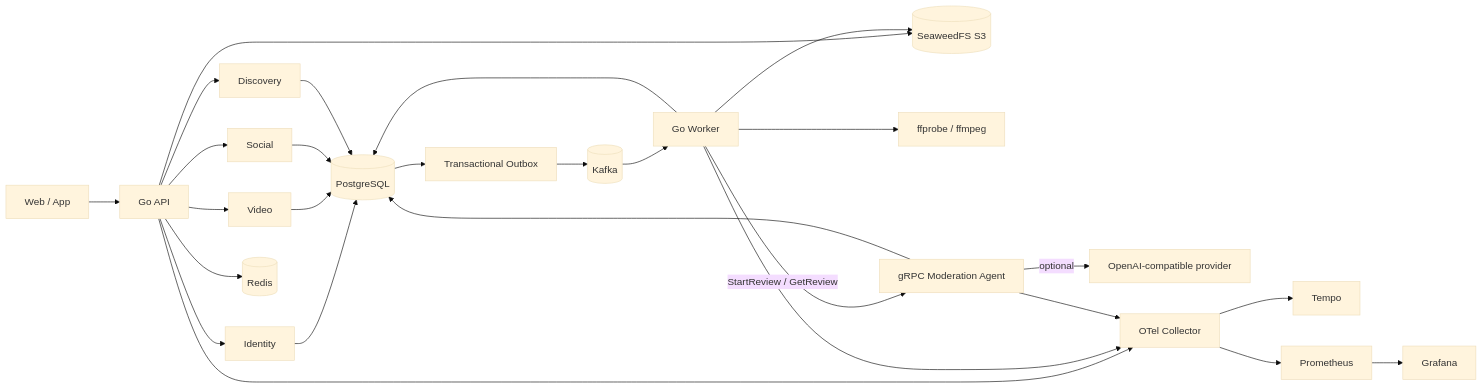
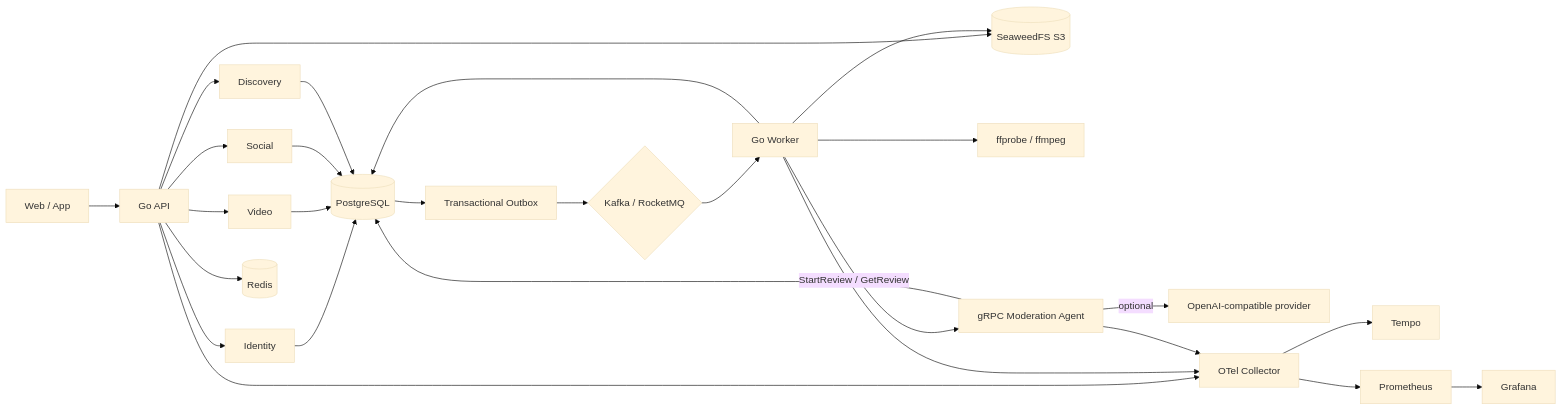
Before and after one commit to Sealessland/sea-music: the diagram in README.md, drawn with Mermaid (base theme). The commit also changed other lines of this file and 25 other files, not shown here.

````diff
--- a/README.md
+++ b/README.md
@@ -51,24 +51,24 @@
 ```mermaid
 flowchart LR
     Client[Web / App] --> API[Go API]
     API --> ID[Identity]
     API --> Video[Video]
     API --> Social[Social]
     API --> Discovery[Discovery]
     ID & Video & Social & Discovery --> PG[(PostgreSQL)]
     API --> Redis[(Redis)]
     API --> S3[(SeaweedFS S3)]
     PG --> Outbox[Transactional Outbox]
-    Outbox --> Kafka[(Kafka)]
-    Kafka --> Worker[Go Worker]
+    Outbox --> MQ{Kafka / RocketMQ}
+    MQ --> Worker[Go Worker]
     Worker --> PG
     Worker --> S3
     Worker --> FF[ffprobe / ffmpeg]
     Worker -->|StartReview / GetReview| Agent[gRPC Moderation Agent]
     Agent --> PG
     Agent -->|optional| LLM[OpenAI-compatible provider]
     API & Worker & Agent --> OTel[OTel Collector]
     OTel --> Tempo[Tempo]
     OTel --> Prom[Prometheus]
     Prom --> Grafana[Grafana]
 ```
````
